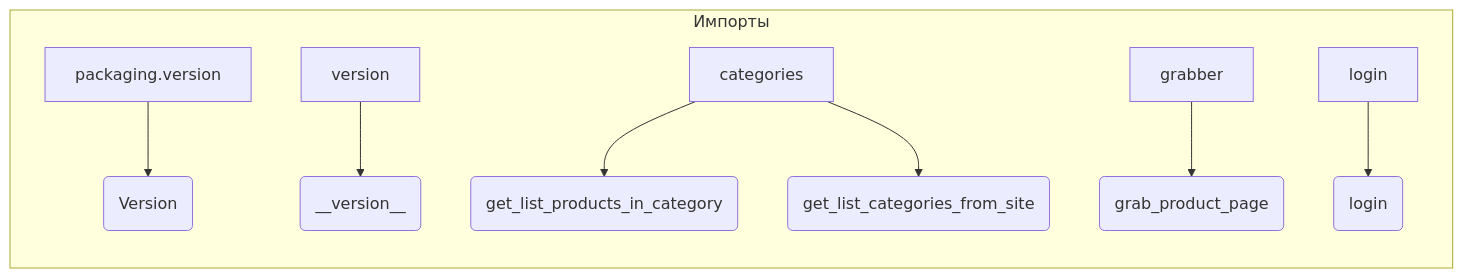
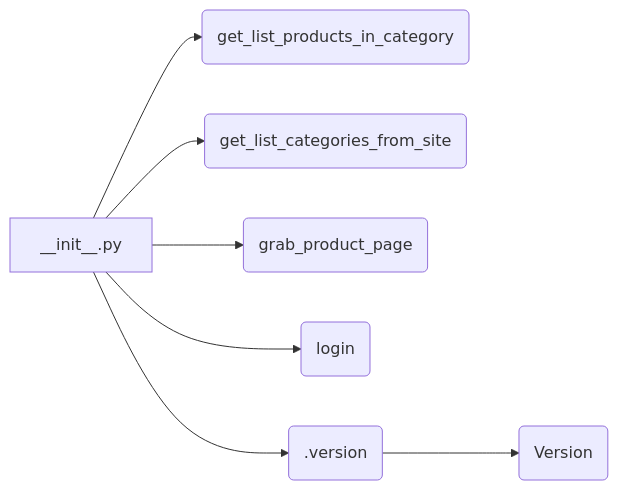
Before and after one commit to hypo69/hypo: the diagram in docs/gemini/ru/explainer/src/suppliers/hb/scenarios/__init__.md, drawn with Mermaid. The commit also changed other lines of this file and 19 other files, not shown here.

````diff
--- a/docs/gemini/ru/explainer/src/suppliers/hb/scenarios/__init__.md
+++ b/docs/gemini/ru/explainer/src/suppliers/hb/scenarios/__init__.md
@@ -61,11 +75,9 @@
 ```mermaid
 graph LR
-    subgraph Импорты
-        A[packaging.version] --> B(Version);
-        C[version] --> D(__version__);
-        E[categories] --> F(get_list_products_in_category);
-        E --> G(get_list_categories_from_site);
-        H[grabber] --> I(grab_product_page);
-        J[login] --> K(login);
-    end
+    A[__init__.py] --> B(get_list_products_in_category);
+    A --> C(get_list_categories_from_site);
+    A --> D(grab_product_page);
+    A --> E(login);
+    A --> F(.version);
+    F --> G(Version);
 ```
````
